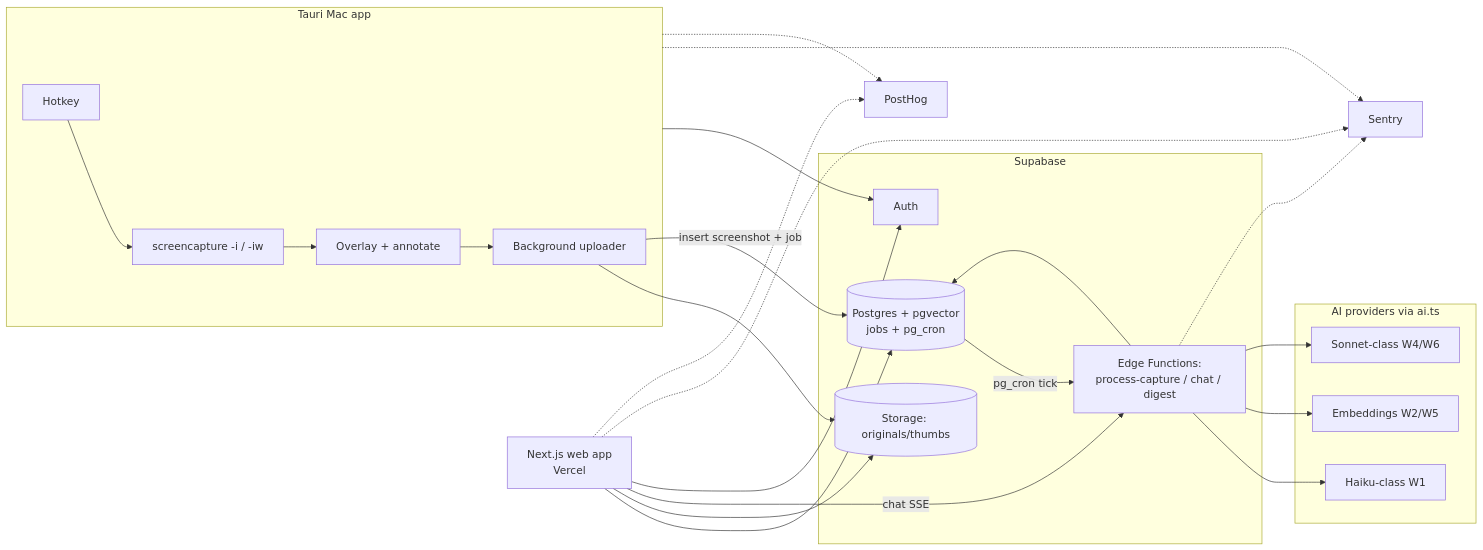
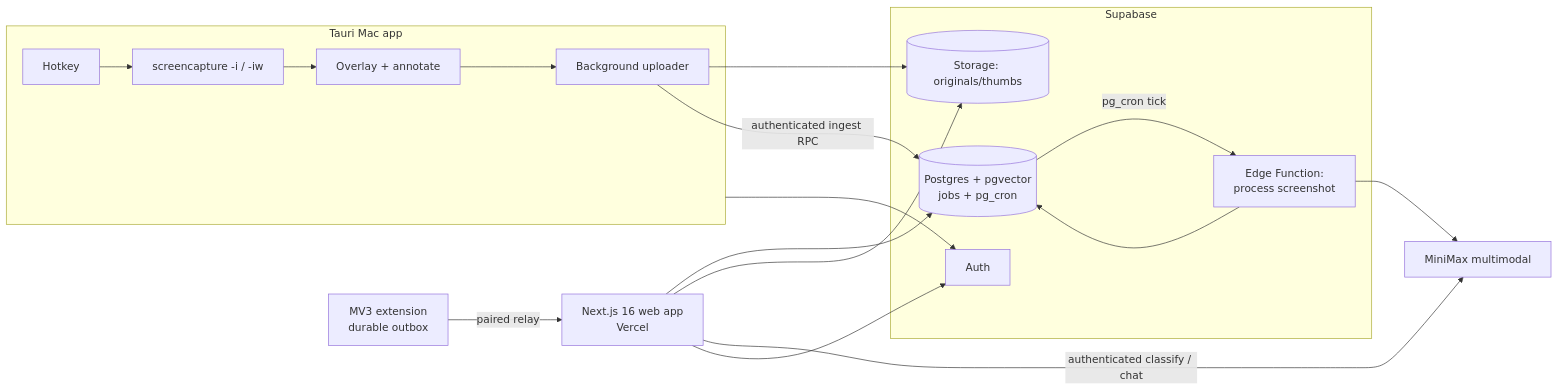
The first of 2 diagrams in 11_ARCHITECTURE.md (ekcheungAI/capso), drawn with Mermaid before and after one commit. The commit also changed other lines of this file and 6 other files, not shown here.

````diff
--- a/11_ARCHITECTURE.md
+++ b/11_ARCHITECTURE.md
@@ -31,36 +32,26 @@
 ```mermaid
 flowchart LR
     subgraph mac [Tauri Mac app]
       HK[Hotkey] --> SC[screencapture -i / -iw]
       SC --> OV[Overlay + annotate]
       OV --> UP[Background uploader]
     end
     subgraph supa [Supabase]
       ST[(Storage: originals/thumbs)]
       DB[(Postgres + pgvector\njobs + pg_cron)]
-      EF[Edge Functions:\nprocess-capture / chat / digest]
+      EF[Edge Function:\nprocess screenshot]
       AUTH[Auth]
     end
-    subgraph ai [AI providers via ai.ts]
-      H[Haiku-class W1]
-      E[Embeddings W2/W5]
-      S[Sonnet-class W4/W6]
-    end
-    WEB[Next.js web app\nVercel] --> DB
+    AI[MiniMax multimodal]
+    EXT[MV3 extension\ndurable outbox] -->|paired relay| WEB
+    WEB[Next.js 16 web app\nVercel] --> DB
     WEB --> ST
-    WEB -->|chat SSE| EF
+    WEB -->|authenticated classify / chat| AI
     UP --> ST
-    UP -->|insert screenshot + job| DB
+    UP -->|authenticated ingest RPC| DB
     mac --> AUTH
     WEB --> AUTH
     DB -->|pg_cron tick| EF
-    EF --> H
-    EF --> E
-    EF --> S
+    EF --> AI
     EF --> DB
-    mac -.-> SEN[Sentry]
-    WEB -.-> SEN
-    EF -.-> SEN
-    mac -.-> PH[PostHog]
-    WEB -.-> PH
 ```
````
